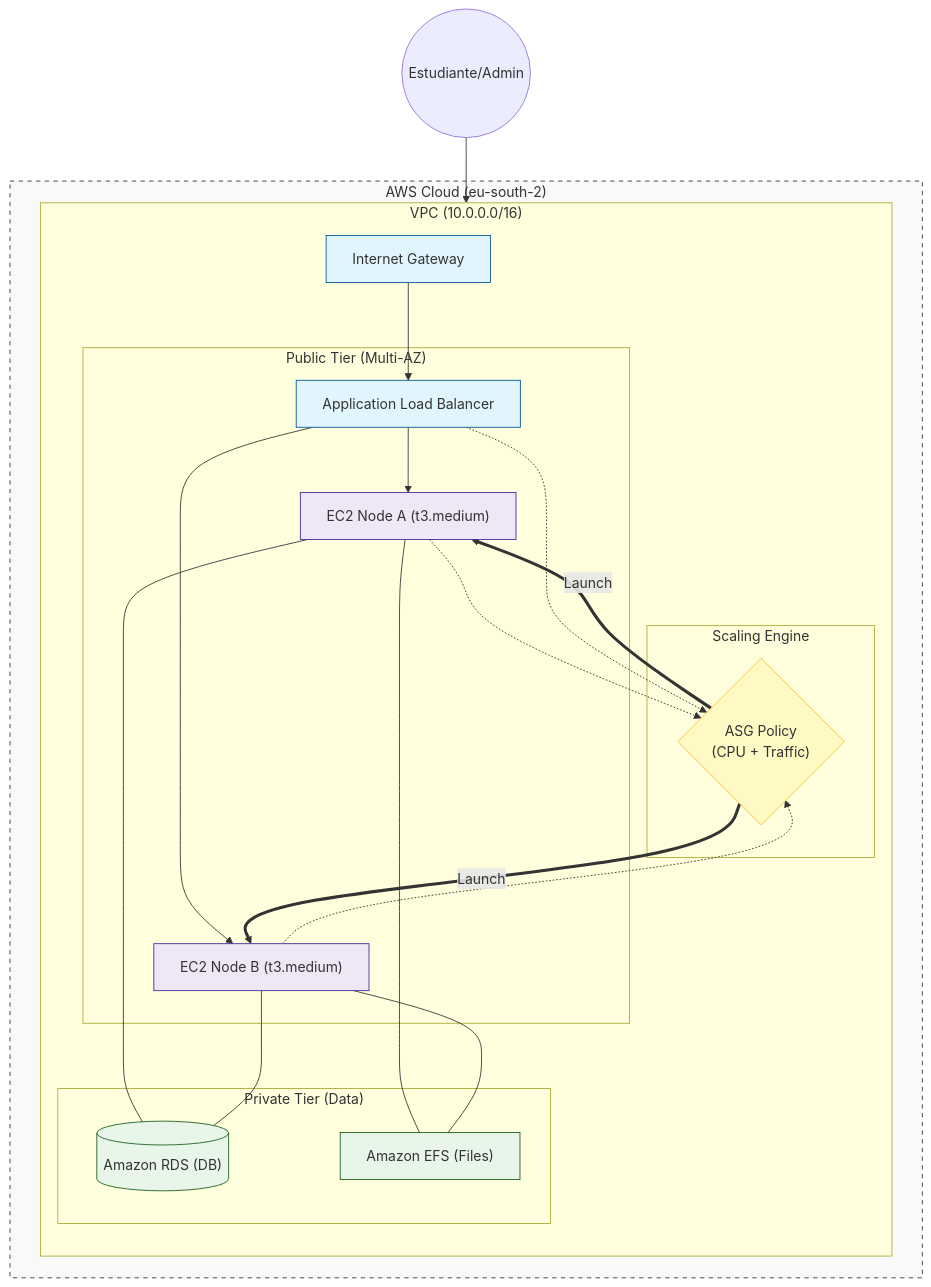
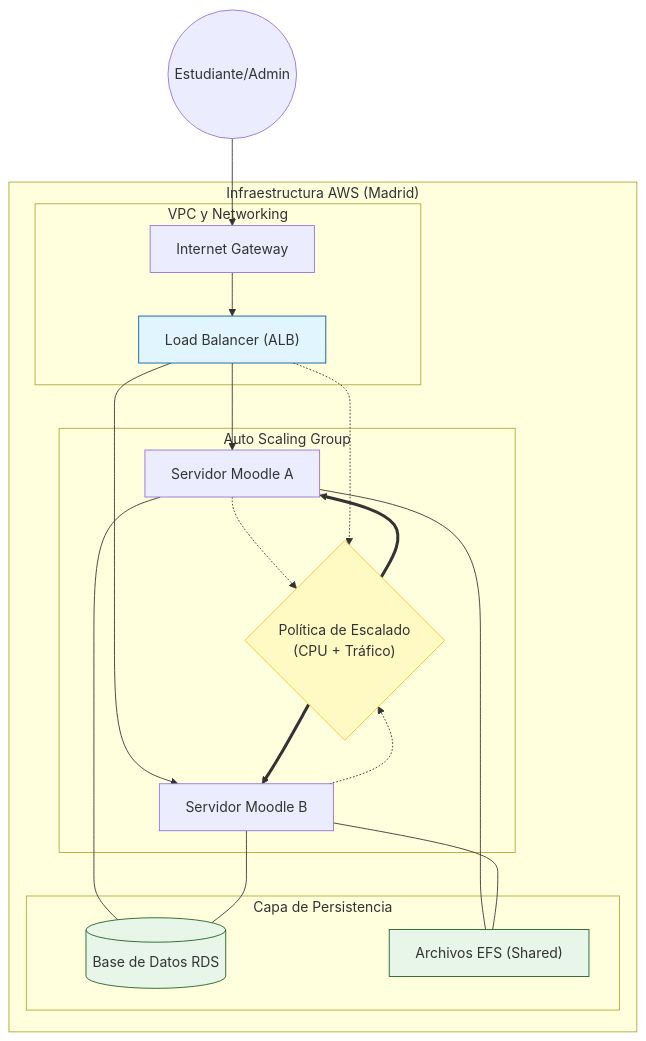
Before and after one commit to Madaru69/TFG: the diagram in docs/architecture_diagram.md, drawn with Mermaid. The commit also changed other lines of this file, not shown here.

Commit message:
docs: finalize architecture diagram and add LinkedIn draft 🚀📐✍️

````diff
--- a/docs/architecture_diagram.md
+++ b/docs/architecture_diagram.md
@@ -5,55 +5,48 @@
 ```mermaid
-flowchart TB
+graph TD
     %% --- ACTORES ---
     User((Estudiante/Admin))
     
-    subgraph cloud ["AWS Cloud (eu-south-2)"]
-        subgraph vpc ["VPC (10.0.0.0/16)"]
-            direction TB
+    subgraph AWS ["Infraestructura AWS (Madrid)"]
+        subgraph Red ["VPC y Networking"]
             IGW["Internet Gateway"]
-            
-            subgraph public ["Public Tier (Multi-AZ)"]
-                ALB["Application Load Balancer"]
-                EC2A["EC2 Node A (t3.medium)"]
-                EC2B["EC2 Node B (t3.medium)"]
-            end
+            ALB["Load Balancer (ALB)"]
+        end
 
-            subgraph engine ["Scaling Engine"]
-                ASGBrain{"ASG Policy<br/>(CPU + Traffic)"}
-            end
+        subgraph Cluster ["Auto Scaling Group"]
+            NodeA["Servidor Moodle A"]
+            NodeB["Servidor Moodle B"]
+            Brain{"Política de Escalado<br/>(CPU + Tráfico)"}
+        end
 
-            subgraph private ["Private Tier (Data)"]
-                RDS[("Amazon RDS (DB)")]
-                EFS["Amazon EFS (Files)"]
-            end
+        subgraph Datos ["Capa de Persistencia"]
+            RDS[("Base de Datos RDS")]
+            EFS["Archivos EFS (Shared)"]
         end
     end
 
     %% --- FLUJO ---
-    User --> IGW --> ALB
-    ALB --> EC2A
-    ALB --> EC2B
+    User --> IGW
+    IGW --> ALB
+    ALB --> NodeA
+    ALB --> NodeB
     
     %% --- ESCALADO ---
-    EC2A -.-> ASGBrain
-    EC2B -.-> ASGBrain
-    ALB -.-> ASGBrain
-    ASGBrain == Launch ==> EC2A
-    ASGBrain == Launch ==> EC2B
+    NodeA -.-> Brain
+    NodeB -.-> Brain
+    ALB -.-> Brain
+    Brain ==> NodeA
+    Brain ==> NodeB
 
-    %% --- DATOS ---
-    EC2A --- RDS
-    EC2B --- RDS
-    EC2A --- EFS
-    EC2B --- EFS
+    %% --- CONEXIONES ---
+    NodeA --- RDS
+    NodeB --- RDS
+    NodeA --- EFS
+    NodeB --- EFS
 
-    %% --- ESTILOS ---
-    style IGW fill:#e1f5fe,stroke:#01579b
+    %% --- ESTILOS BASICOS ---
     style ALB fill:#e1f5fe,stroke:#01579b
-    style EC2A fill:#ede7f6,stroke:#4527a0
-    style EC2B fill:#ede7f6,stroke:#4527a0
-    style ASGBrain fill:#fff9c4,stroke:#fbc02d
+    style Brain fill:#fff9c4,stroke:#fbc02d
     style RDS fill:#e8f5e9,stroke:#1b5e20
     style EFS fill:#e8f5e9,stroke:#1b5e20
-    style cloud fill:#f9f9f9,stroke:#333,stroke-dasharray: 5 5
 ```
````
